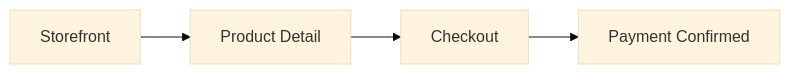
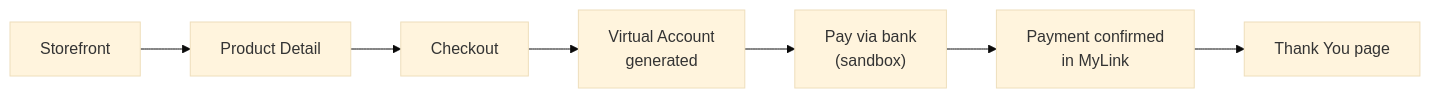
Before and after one commit to sunhakimichael/qato-lynk: the second of 4 diagrams in README.md, drawn with Mermaid (base theme). The commit also changed other lines of this file and 29 other files, not shown here.

````diff
--- a/README.md
+++ b/README.md
@@ -59,6 +59,9 @@
 ```mermaid
 graph LR
     A[Storefront] --> B[Product Detail]
     B --> C[Checkout]
-    C --> D[Payment Confirmed]
+    C --> D["Virtual Account<br/>generated"]
+    D --> E["Pay via bank<br/>(sandbox)"]
+    E --> F["Payment confirmed<br/>in MyLink"]
+    F --> G[Thank You page]
 ```
````
